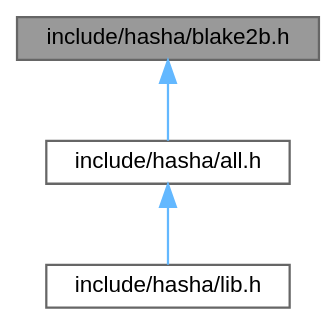
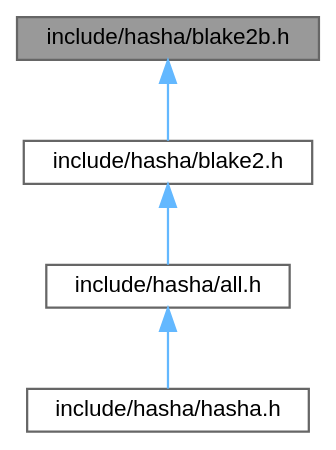
The diagram in docs/df/d58/blake2b_8h__dep__incl.dot (reslaid32/hasha), drawn with Graphviz before and after one commit. The commit also changed 201 other files, not shown here.

```diff
--- a/docs/df/d58/blake2b_8h__dep__incl.dot
+++ b/docs/df/d58/blake2b_8h__dep__incl.dot
@@ -1,12 +1,14 @@
 digraph "include/hasha/blake2b.h"
 {
  // LATEX_PDF_SIZE
   bgcolor="transparent";
   edge [fontname=Helvetica,fontsize=10,labelfontname=Helvetica,labelfontsize=10];
   node [fontname=Helvetica,fontsize=10,shape=box,height=0.2,width=0.4];
   Node1 [id="Node000001",label="include/hasha/blake2b.h",height=0.2,width=0.4,color="gray40", fillcolor="grey60", style="filled", fontcolor="black",tooltip="Header file for the BLAKE2b hashing algorithm."];
   Node1 -> Node2 [id="edge1_Node000001_Node000002",dir="back",color="steelblue1",style="solid",tooltip=" "];
-  Node2 [id="Node000002",label="include/hasha/all.h",height=0.2,width=0.4,color="grey40", fillcolor="white", style="filled",URL="$da/d0d/all_8h.html",tooltip=" "];
+  Node2 [id="Node000002",label="include/hasha/blake2.h",height=0.2,width=0.4,color="grey40", fillcolor="white", style="filled",URL="$dd/d41/blake2_8h.html",tooltip=" "];
   Node2 -> Node3 [id="edge2_Node000002_Node000003",dir="back",color="steelblue1",style="solid",tooltip=" "];
-  Node3 [id="Node000003",label="include/hasha/lib.h",height=0.2,width=0.4,color="grey40", fillcolor="white", style="filled",URL="$de/d14/lib_8h.html",tooltip=" "];
+  Node3 [id="Node000003",label="include/hasha/all.h",height=0.2,width=0.4,color="grey40", fillcolor="white", style="filled",URL="$da/d0d/all_8h.html",tooltip=" "];
+  Node3 -> Node4 [id="edge3_Node000003_Node000004",dir="back",color="steelblue1",style="solid",tooltip=" "];
+  Node4 [id="Node000004",label="include/hasha/hasha.h",height=0.2,width=0.4,color="grey40", fillcolor="white", style="filled",URL="$d3/df9/hasha_8h.html",tooltip=" "];
 }
```
